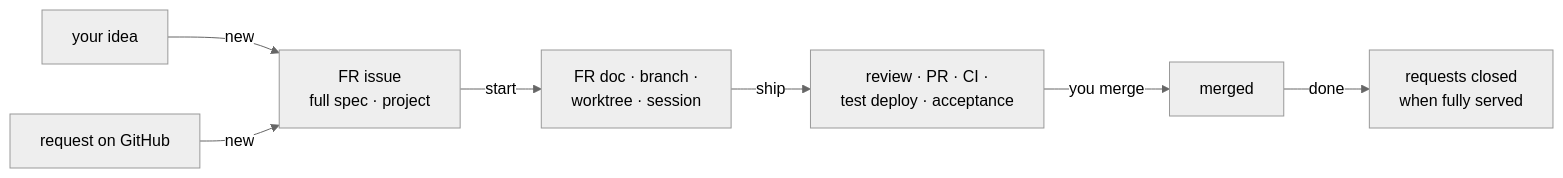
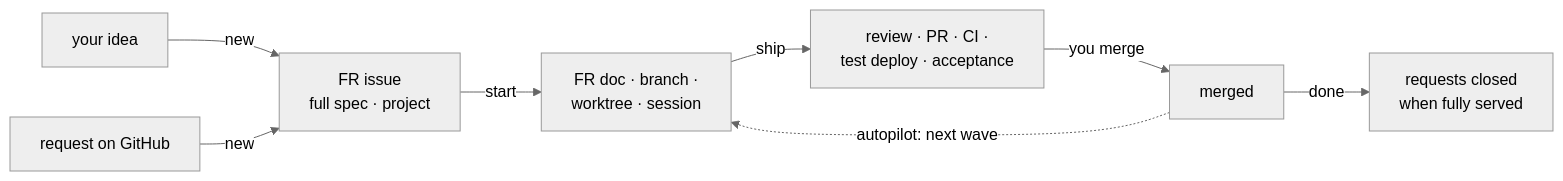
Before and after one commit to bmoers/claude-fr-workflow: the diagram in README.md, drawn with Mermaid (neutral theme). The commit also changed other lines of this file and 16 other files, not shown here.

````diff
--- a/README.md
+++ b/README.md
@@ -7,9 +7,10 @@
 ```mermaid
 flowchart LR
   A["your idea"] -->|"new"| F["FR issue<br/>full spec · project"]
   R["request on GitHub"] -->|"new"| F
   F -->|"start"| P["FR doc · branch ·<br/>worktree · session"]
   P -->|"ship"| S["review · PR · CI ·<br/>test deploy · acceptance"]
   S -->|"you merge"| M["merged"]
   M -->|"done"| C["requests closed<br/>when fully served"]
+  M -.->|"autopilot: next wave"| P
 ```
````
